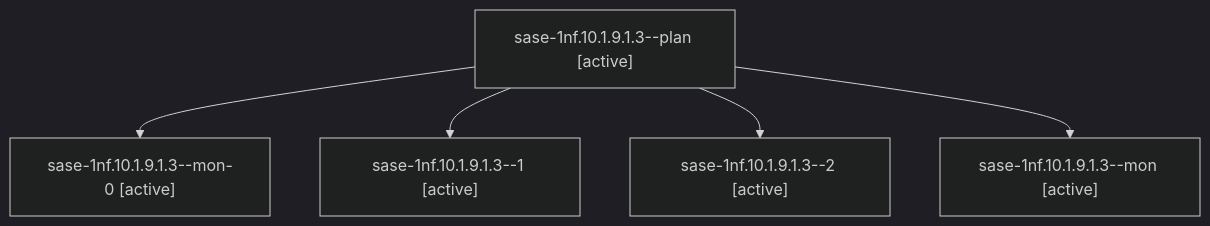
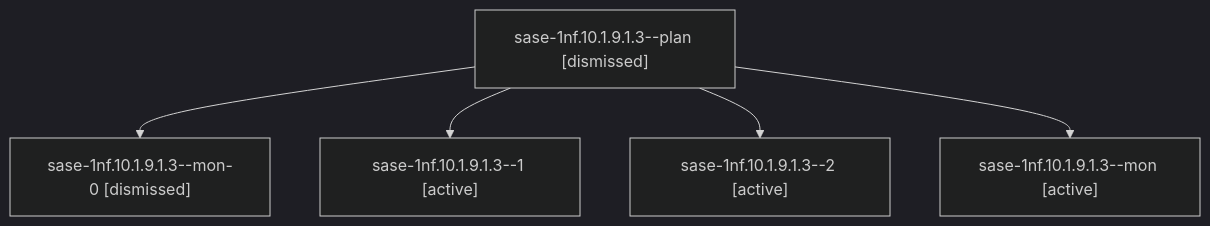
The diagram in sessions/bbugyi200.athena.sase-1nf.10.1.9.1.3.md (sase-org/sase--agents), drawn with Mermaid (dark theme) before and after one commit. The commit also changed other lines of this file and 347 other files, not shown here.

````diff
--- a/sessions/bbugyi200.athena.sase-1nf.10.1.9.1.3.md
+++ b/sessions/bbugyi200.athena.sase-1nf.10.1.9.1.3.md
@@ -9,12 +9,12 @@
 ```mermaid
 flowchart TD
-  n0["sase-1nf.10.1.9.1.3--plan [active]"]
-  n1["sase-1nf.10.1.9.1.3--mon-0 [active]"]
+  n0["sase-1nf.10.1.9.1.3--plan [dismissed]"]
+  n1["sase-1nf.10.1.9.1.3--mon-0 [dismissed]"]
   n0 --> n1
   n2["sase-1nf.10.1.9.1.3--1 [active]"]
   n0 --> n2
   n3["sase-1nf.10.1.9.1.3--2 [active]"]
   n0 --> n3
   n4["sase-1nf.10.1.9.1.3--mon [active]"]
   n0 --> n4
 ```
````
